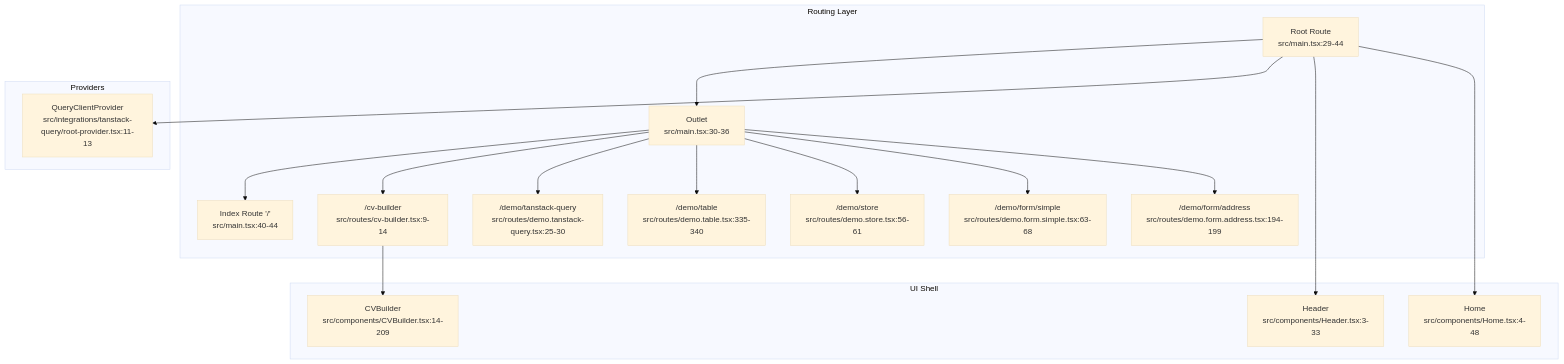
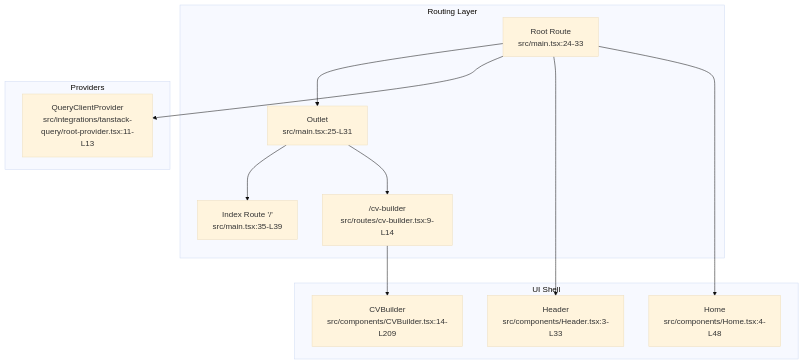
One commit to DoVuDung/cv-portfolio-builder changed the second of 5 diagrams in .qoder/repowiki/en/content/Developer Tools & Examples/Demo Routes & Navigation.md. Above: the diagram before and after it, drawn with Mermaid (base theme). The commit also changed other lines of this file and 8 other files, not shown here.

````diff
--- a/.qoder/repowiki/en/content/Developer Tools & Examples/Demo Routes & Navigation.md
+++ b/.qoder/repowiki/en/content/Developer Tools & Examples/Demo Routes & Navigation.md
@@ -121,25 +86,20 @@
 ```mermaid
 graph TB
 subgraph "Routing Layer"
-R["Root Route<br/>src/main.tsx:29-44"] --> O1["Outlet<br/>src/main.tsx:30-36"]
-O1 --> IDX["Index Route '/'<br/>src/main.tsx:40-44"]
-O1 --> CV["/cv-builder<br/>src/routes/cv-builder.tsx:9-14"]
-O1 --> DEMO1["/demo/tanstack-query<br/>src/routes/demo.tanstack-query.tsx:25-30"]
-O1 --> DEMO2["/demo/table<br/>src/routes/demo.table.tsx:335-340"]
-O1 --> DEMO3["/demo/store<br/>src/routes/demo.store.tsx:56-61"]
-O1 --> DEMO4["/demo/form/simple<br/>src/routes/demo.form.simple.tsx:63-68"]
-O1 --> DEMO5["/demo/form/address<br/>src/routes/demo.form.address.tsx:194-199"]
+R["Root Route<br/>src/main.tsx:24-33"] --> O1["Outlet<br/>src/main.tsx:25-L31"]
+O1 --> IDX["Index Route '/'<br/>src/main.tsx:35-L39"]
+O1 --> CV["/cv-builder<br/>src/routes/cv-builder.tsx:9-L14"]
 end
 subgraph "Providers"
-QP["QueryClientProvider<br/>src/integrations/tanstack-query/root-provider.tsx:11-13"]
+QP["QueryClientProvider<br/>src/integrations/tanstack-query/root-provider.tsx:11-L13"]
 end
 subgraph "UI Shell"
-HDR["Header<br/>src/components/Header.tsx:3-33"]
-END["Home<br/>src/components/Home.tsx:4-48"]
-CVB["CVBuilder<br/>src/components/CVBuilder.tsx:14-209"]
+HDR["Header<br/>src/components/Header.tsx:3-L33"]
+HOME["Home<br/>src/components/Home.tsx:4-L48"]
+CVB["CVBuilder<br/>src/components/CVBuilder.tsx:14-L209"]
 end
 R --> QP
 R --> HDR
-R --> END
+R --> HOME
 CV --> CVB
 ```
````
